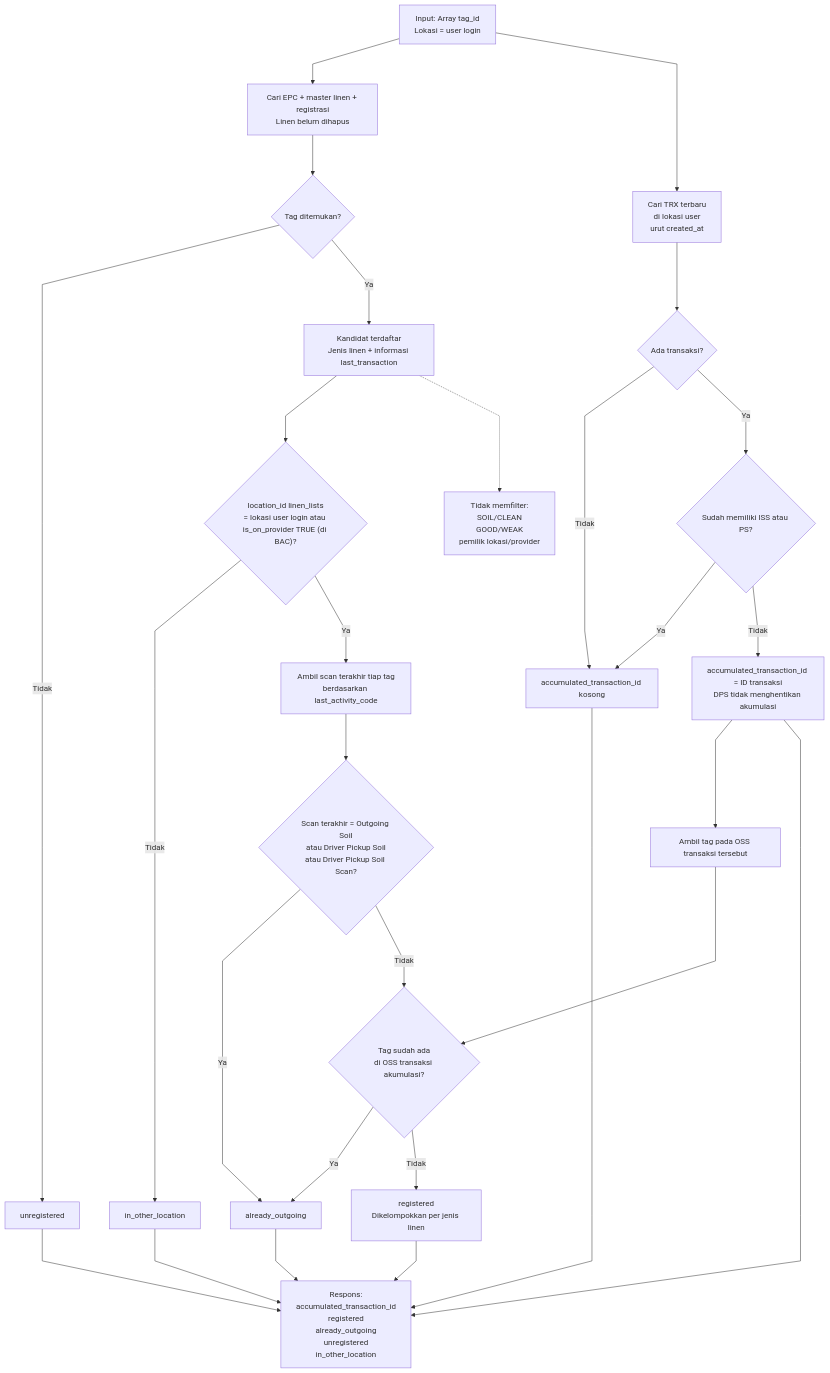
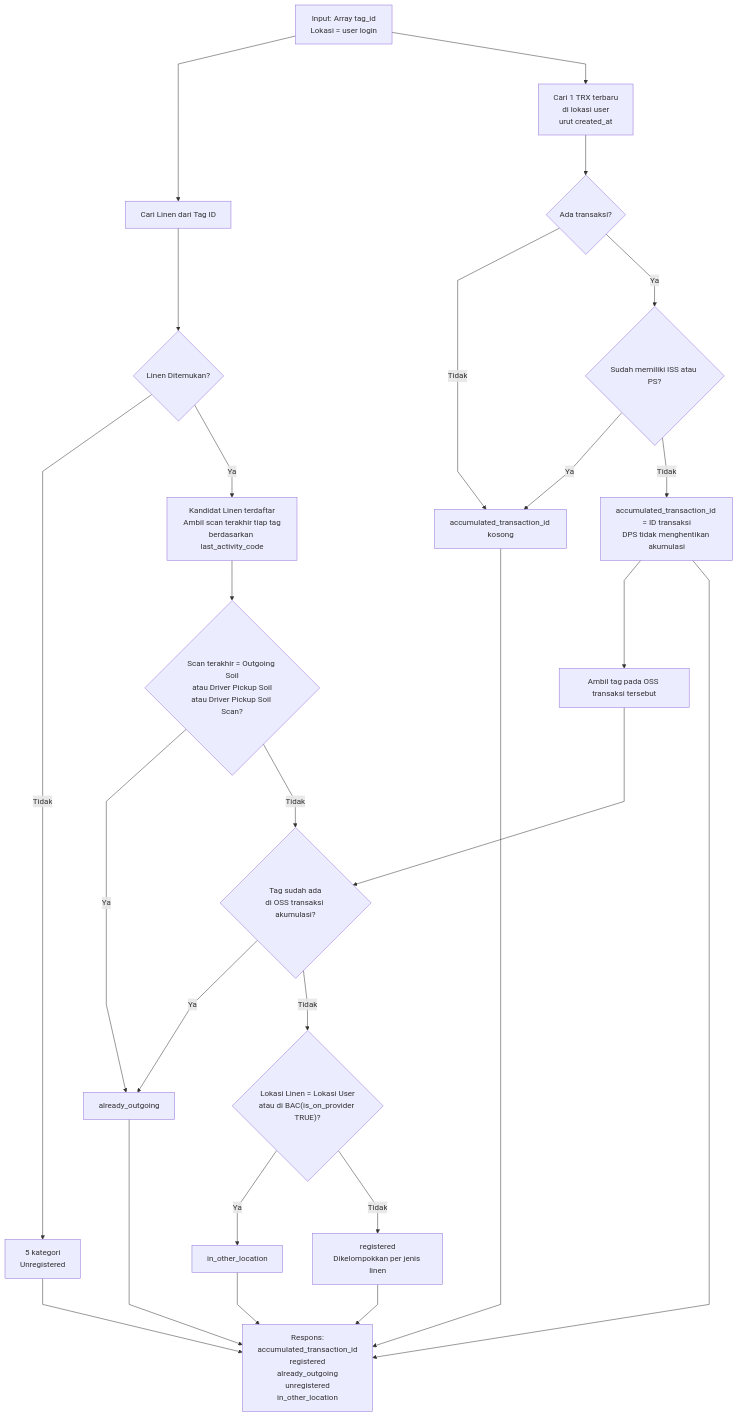
The first of 2 diagrams in laundry-activities/outgoing-soil.md (bagaskrmn/bac-flow-laundry), drawn with Mermaid before and after one commit. The commit also changed other lines of this file and 2 other files, not shown here.

````diff
--- a/laundry-activities/outgoing-soil.md
+++ b/laundry-activities/outgoing-soil.md
@@ -3,37 +3,36 @@
 ```mermaid
 %%{init: {'flowchart': {'curve': 'linear', 'nodeSpacing': 60, 'rankSpacing': 80, 'diagramPadding': 24}}}%%
 flowchart TD
     N_START["Input: Array tag_id<br/>Lokasi = user login"]
 
-    N_START --> N_MASTER["Cari EPC + master linen + registrasi<br/>Linen belum dihapus"]
-    N_MASTER --> N_FOUND{"Tag ditemukan?"}
-    N_FOUND -->|Tidak| N_UNREG["unregistered"]
-    N_FOUND -->|Ya| N_CAND["Kandidat terdaftar<br/>Jenis linen + informasi last_transaction"]
+    N_START --> N_MASTER["Cari Linen dari Tag ID"]
+    N_MASTER --> N_FOUND{"Linen Ditemukan?"}
+    N_FOUND -->|Tidak| N_UNREG["5 kategori<br/>Unregistered"]
+    N_FOUND -->|Ya| N_CAND["Kandidat Linen terdaftar<br/>Ambil scan terakhir tiap tag<br/>berdasarkan last_activity_code"]
 
-    N_START --> N_TRX["Cari TRX terbaru<br/>di lokasi user<br/>urut created_at"]
+    N_START --> N_TRX["Cari 1 TRX terbaru<br/>di lokasi user<br/>urut created_at"]
     N_TRX --> N_HAS{"Ada transaksi?"}
     N_HAS -->|Tidak| N_NEW["accumulated_transaction_id kosong"]
     N_HAS -->|Ya| N_CHECK{"Sudah memiliki ISS atau PS?"}
     N_CHECK -->|Ya| N_NEW
     N_CHECK -->|Tidak| N_ACC["accumulated_transaction_id = ID transaksi<br/>DPS tidak menghentikan akumulasi"]
     N_ACC --> N_EXIST["Ambil tag pada OSS transaksi tersebut"]
 
-    N_CAND --> N_LOC{"location_id linen_lists<br/>= lokasi user login atau is_on_provider TRUE (di BAC)?"}
-    N_LOC -->|Tidak| N_OTHERLOC["in_other_location"]
-    N_LOC -->|Ya| N_LAST["Ambil scan terakhir tiap tag<br/>berdasarkan last_activity_code"]
-    N_LAST --> N_OUT{"Scan terakhir = Outgoing Soil<br/>atau Driver Pickup Soil<br/>atau Driver Pickup Soil Scan?"}
+    N_CAND --> N_OUT{"Scan terakhir = Outgoing Soil<br/>atau Driver Pickup Soil<br/>atau Driver Pickup Soil Scan?"}
     N_OUT -->|Ya| N_ALREADY["already_outgoing"]
     N_OUT -->|Tidak| N_INACC{"Tag sudah ada<br/>di OSS transaksi akumulasi?"}
     N_EXIST --> N_INACC
     N_INACC -->|Ya| N_ALREADY
-    N_INACC -->|Tidak| N_READY["registered<br/>Dikelompokkan per jenis linen"]
+    N_INACC -->|Tidak| N_LOC{"Lokasi Linen = Lokasi User<br/>atau di BAC(is_on_provider TRUE)?"}
+    N_LOC -->|Ya| N_OTHERLOC["in_other_location"]
+    N_LOC -->|Tidak| N_READY["registered<br/>Dikelompokkan per jenis linen"]
 
     N_READY --> N_RES["Respons:<br/>accumulated_transaction_id<br/>registered<br/>already_outgoing<br/>unregistered<br/>in_other_location"]
     N_ALREADY --> N_RES
     N_UNREG --> N_RES
     N_OTHERLOC --> N_RES
     N_ACC --> N_RES
     N_NEW --> N_RES
 
-    N_CAND -.-> N_RULE["Tidak memfilter:<br/>SOIL/CLEAN<br/>GOOD/WEAK<br/>pemilik lokasi/provider"]
+    class N_LOC,N_OTHERLOC danger
 ```
````
